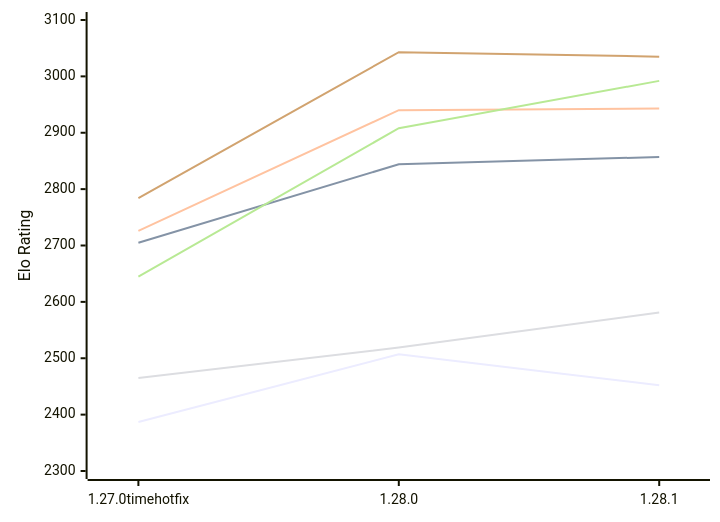
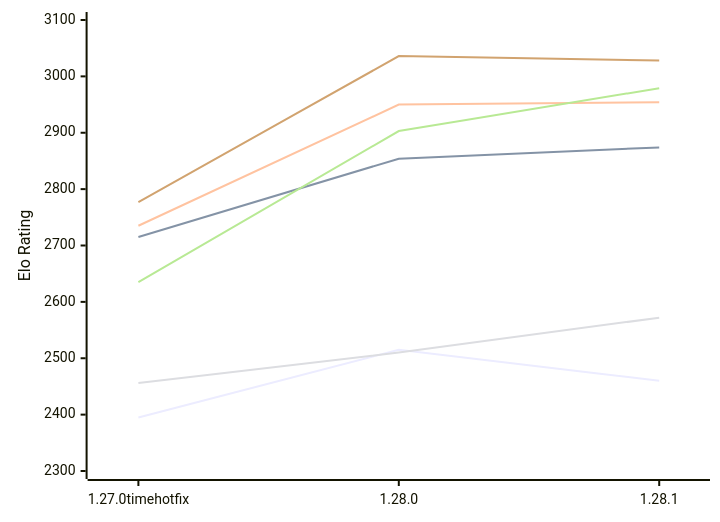
One commit to computer-chess-index/cci changed the first of 2 diagrams in engines/Aurora.md. Above: the diagram before and after it, drawn with Mermaid. The commit also changed other lines of this file, not shown here.

Commit message:
Update CCI Ratings (ELO VLTC) - 2026-11-06

````diff
--- a/engines/Aurora.md
+++ b/engines/Aurora.md
@@ -52,12 +52,12 @@
 ```mermaid
 %%{init: {"theme":"base","themeVariables":{"seriesColors:['#a3a3a3','#222221','#faa371']}}}%%
 xychart-beta
   x-axis ["1.27.0timehotfix", "1.28.0", "1.28.1"]
   y-axis "Elo Rating" 2300 --> 3100
-  line "E1: STC (8.0+0.08s)" [2387, 2507, 2452]
-  line "E1: LTC (60.0+0.60s)" [2705, 2844, 2857]
-  line "E1: VLTC (2m24s+1.12s)" [2726, 2940, 2943]
-  line "P1: STC (8.0+0.08s)" [2465, 2519, 2581]
-  line "P1: LTC (60.0+0.60s)" [2645, 2908, 2992]
-  line "P1: VLTC (2m24s+1.12s)" [2784, 3043, 3035]
+  line "E1: STC (8.0+0.08s)" [2395, 2515, 2460]
+  line "E1: LTC (60.0+0.60s)" [2715, 2854, 2874]
+  line "E1: VLTC (2m24s+1.12s)" [2735, 2950, 2954]
+  line "P1: STC (8.0+0.08s)" [2456, 2510, 2572]
+  line "P1: LTC (60.0+0.60s)" [2635, 2903, 2979]
+  line "P1: VLTC (2m24s+1.12s)" [2777, 3036, 3028]
 ```
````
